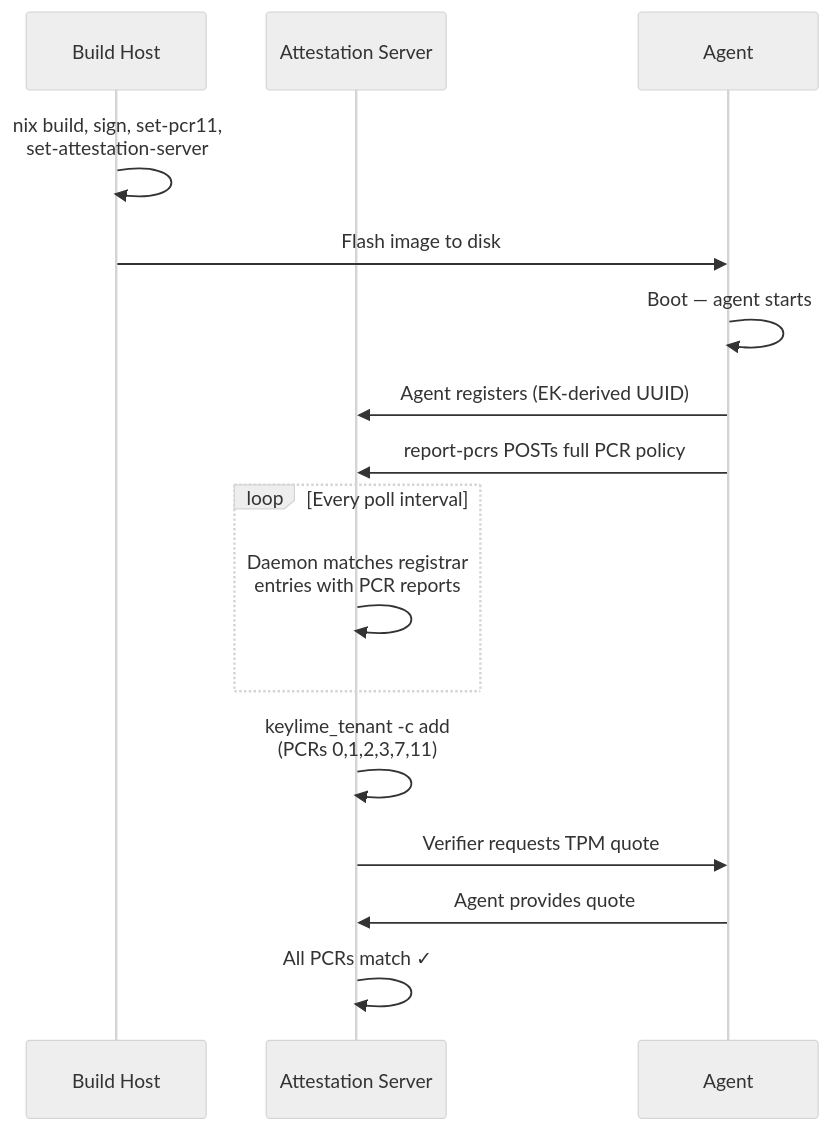
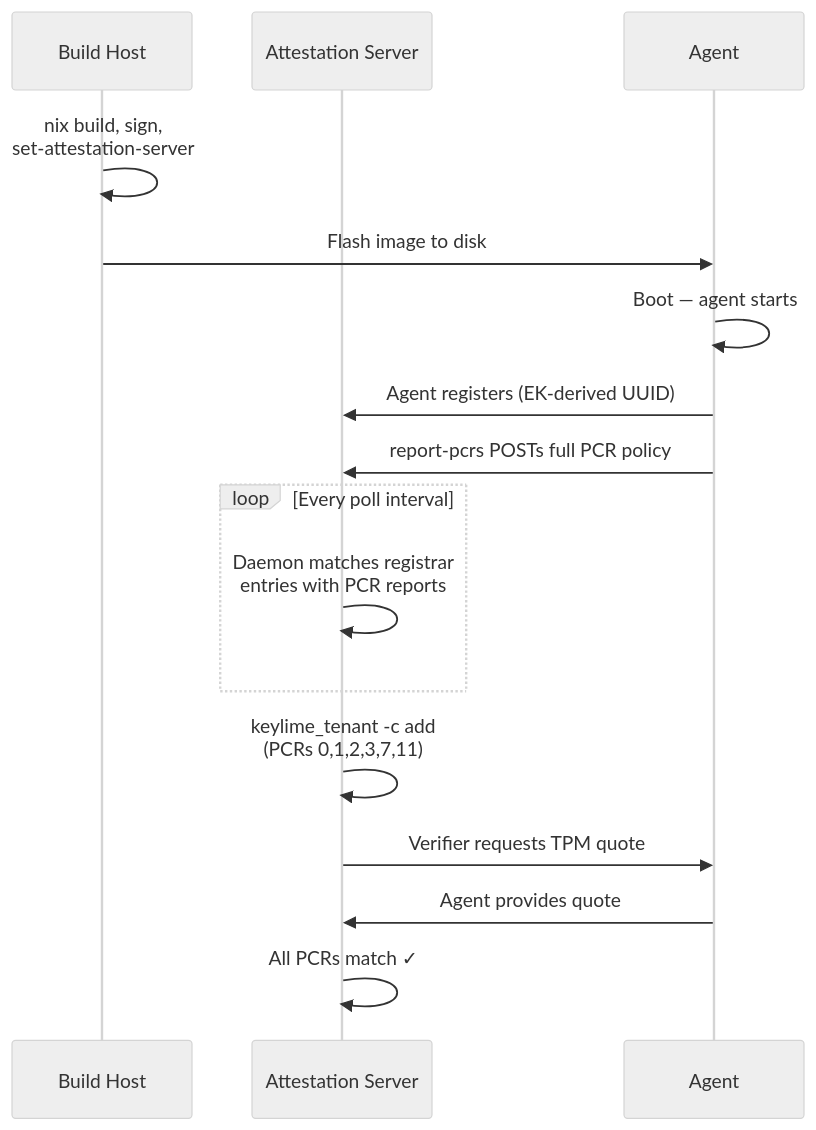
One commit to phaer/nixos-android-builder changed the diagram in docs/user-guide.md. Above: the diagram before and after it, drawn with Mermaid. The commit also changed other lines of this file and 11 other files, not shown here.

```diff
--- a/docs/user-guide.md
+++ b/docs/user-guide.md
@@ -199,27 +185,27 @@
 ~~~mermaid
 ---
 config:
   theme: neutral
 ---
 sequenceDiagram
     participant B as Build Host
     participant S as Attestation Server
     participant A as Agent
 
-    B->>B: nix build, sign, set-pcr11,<br/>set-attestation-server
+    B->>B: nix build, sign,<br/>set-attestation-server
     B->>A: Flash image to disk
 
     A->>A: Boot — agent starts
     A->>S: Agent registers (EK-derived UUID)
     A->>S: report-pcrs POSTs full PCR policy
 
     loop Every poll interval
         S->>S: Daemon matches registrar<br/>entries with PCR reports
     end
 
     S->>S: keylime_tenant -c add<br/>(PCRs 0,1,2,3,7,11)
 
     S->>A: Verifier requests TPM quote
     A->>S: Agent provides quote
     S->>S: All PCRs match ✓
 ~~~
```
